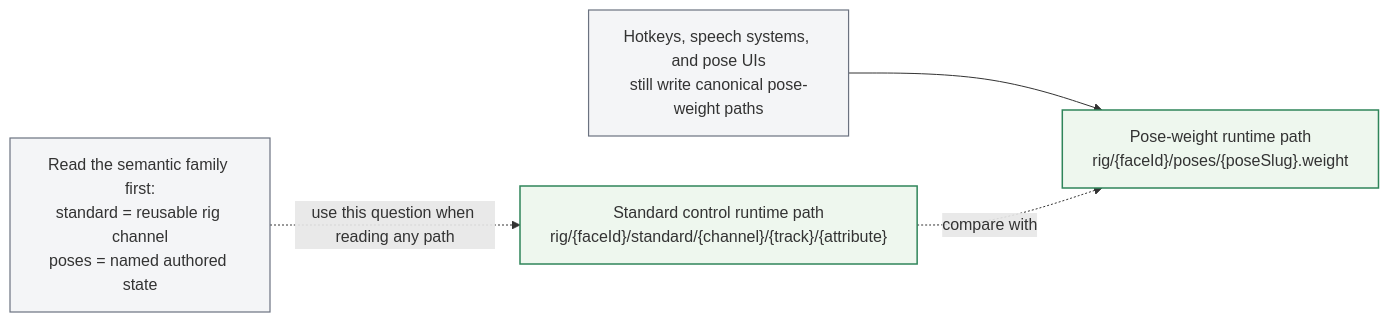
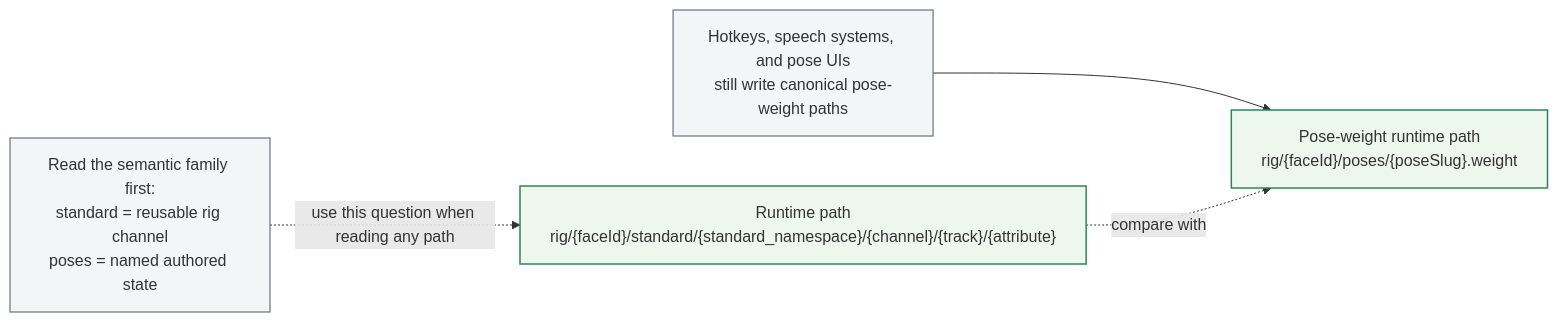
Before and after one commit to vizij-ai/vizij-docs: the first of 2 diagrams in current_documentation/guidebook/control/paths-and-standard-controls.md, drawn with Mermaid. The commit also changed other lines of this file and 91 other files, not shown here.

````diff
--- a/current_documentation/guidebook/control/paths-and-standard-controls.md
+++ b/current_documentation/guidebook/control/paths-and-standard-controls.md
@@ -190,17 +210,17 @@
 ```mermaid
 flowchart LR
     classDef runtime fill:#eef7ee,stroke:#2f855a,stroke-width:1.5px
     classDef note fill:#f4f5f7,stroke:#6b7280,stroke-width:1.2px
 
-    std["Standard control runtime path\nrig/{faceId}/standard/{channel}/{track}/{attribute}"]
+    std["Runtime path\nrig/{faceId}/standard/{standard_namespace}/{channel}/{track}/{attribute}"]
     pose["Pose-weight runtime path\nrig/{faceId}/poses/{poseSlug}.weight"]
     speech["Hotkeys, speech systems, and pose UIs\nstill write canonical pose-weight paths"]
     note["Read the semantic family first:\nstandard = reusable rig channel\nposes = named authored state"]
 
     speech --> pose
     std -. compare with .-> pose
     note -. use this question when reading any path .-> std
 
     class std,pose runtime
     class note,speech note
 ```
````
